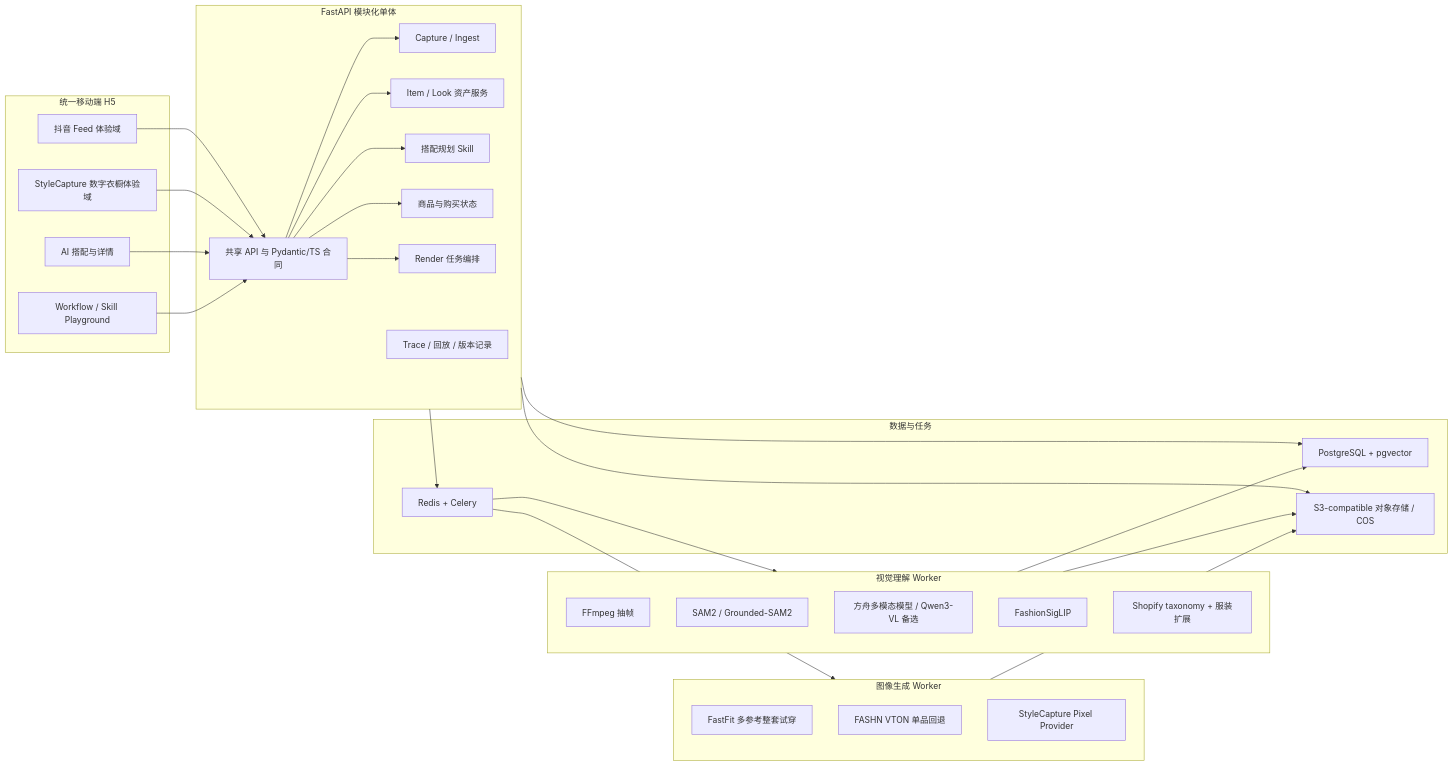
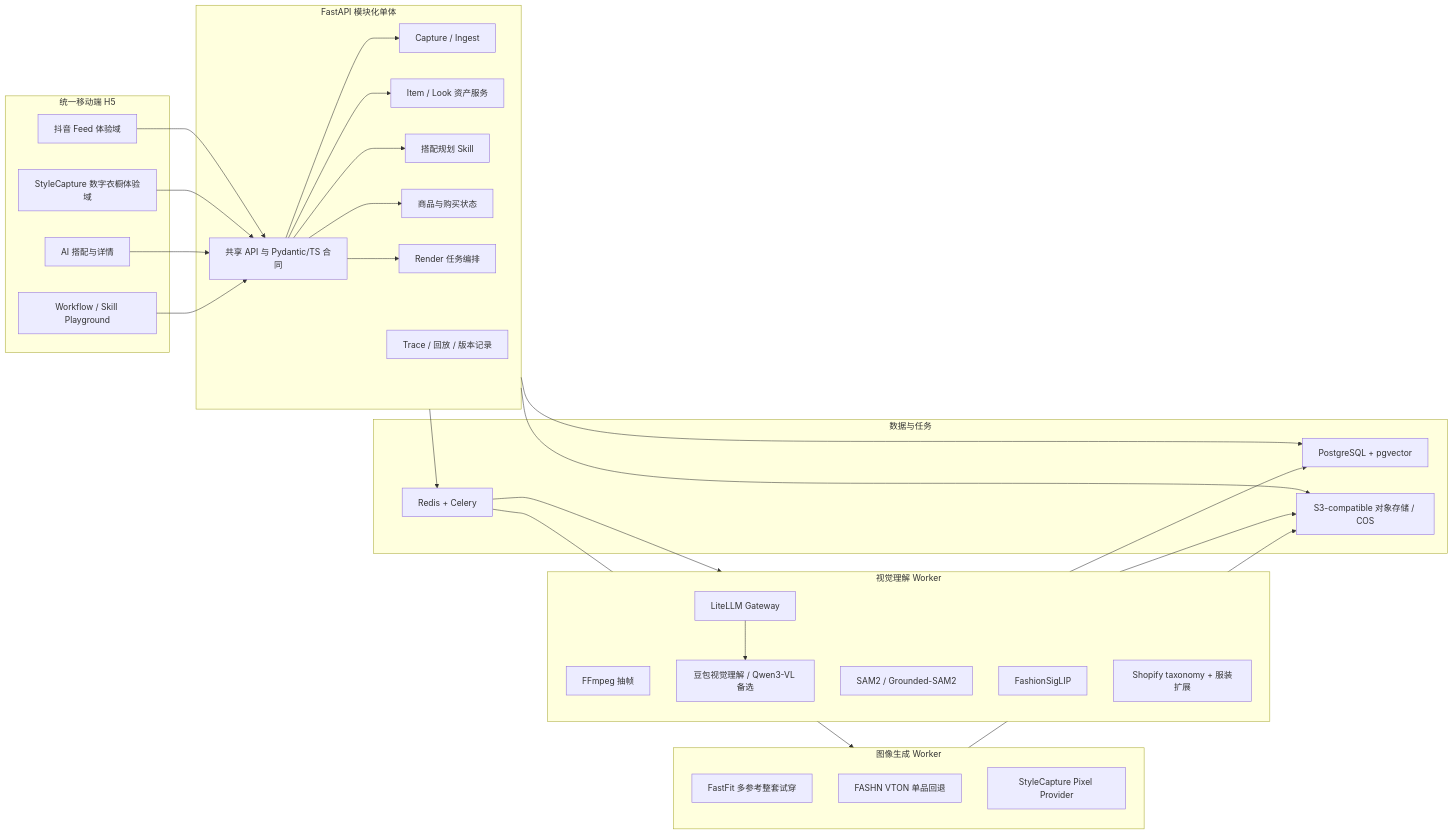
One commit to xinzhuwang-wxz/StyleCapture-plus changed the first of 2 diagrams in docs/architecture/TECHNICAL-DECISIONS.md. Above: the diagram before and after it, drawn with Mermaid. The commit also changed other lines of this file and 13 other files, not shown here.

````diff
--- a/docs/architecture/TECHNICAL-DECISIONS.md
+++ b/docs/architecture/TECHNICAL-DECISIONS.md
@@ -21,58 +21,60 @@
 ```mermaid
 flowchart LR
     subgraph H5["统一移动端 H5"]
         Feed["抖音 Feed 体验域"]
         Wardrobe["StyleCapture 数字衣橱体验域"]
         Dressing["AI 搭配与详情"]
         Playground["Workflow / Skill Playground"]
     end
 
     subgraph Core["FastAPI 模块化单体"]
         API["共享 API 与 Pydantic/TS 合同"]
         Capture["Capture / Ingest"]
         Assets["Item / Look 资产服务"]
         Reco["搭配规划 Skill"]
         Commerce["商品与购买状态"]
         Render["Render 任务编排"]
         Trace["Trace / 回放 / 版本记录"]
     end
 
     subgraph Data["数据与任务"]
         PG["PostgreSQL + pgvector"]
         Redis["Redis + Celery"]
         Object["S3-compatible 对象存储 / COS"]
     end
 
     subgraph Vision["视觉理解 Worker"]
         FFmpeg["FFmpeg 抽帧"]
         SAM["SAM2 / Grounded-SAM2"]
-        VLM["方舟多模态模型 / Qwen3-VL 备选"]
+        Gateway["LiteLLM Gateway"]
+        VLM["豆包视觉理解 / Qwen3-VL 备选"]
         Embed["FashionSigLIP"]
         Taxonomy["Shopify taxonomy + 服装扩展"]
     end
 
     subgraph GPU["图像生成 Worker"]
         FastFit["FastFit 多参考整套试穿"]
         Fashn["FASHN VTON 单品回退"]
         Pixel["StyleCapture Pixel Provider"]
     end
 
     Feed --> API
     Wardrobe --> API
     Dressing --> API
     Playground --> API
     API --> Capture
     API --> Assets
     API --> Reco
     API --> Commerce
     API --> Render
     Core --> PG
     Core --> Redis
     Core --> Object
     Redis --> Vision
     Redis --> GPU
+    Gateway --> VLM
     Vision --> PG
     Vision --> Object
     GPU --> Object
     Core --> Trace
 ```
````
